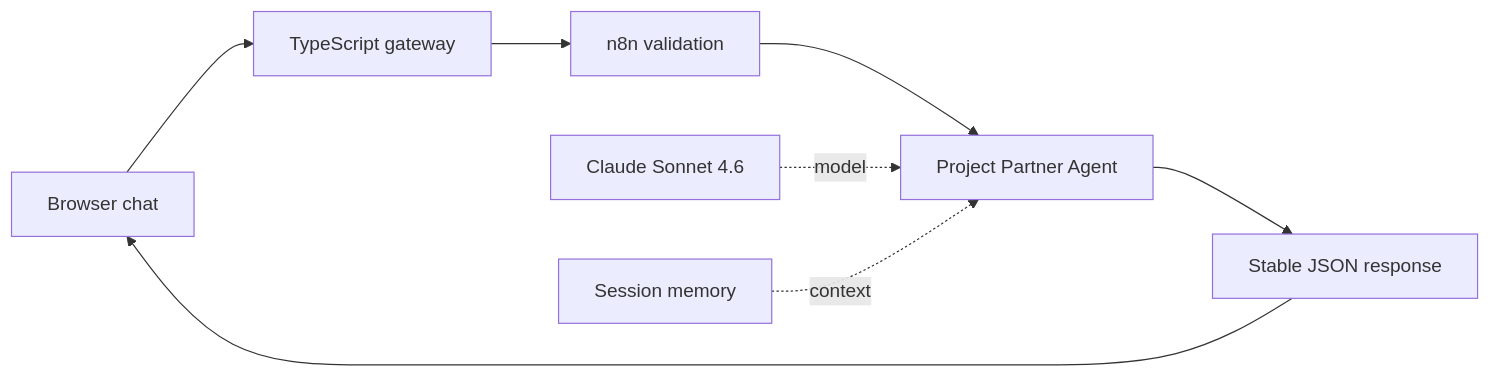
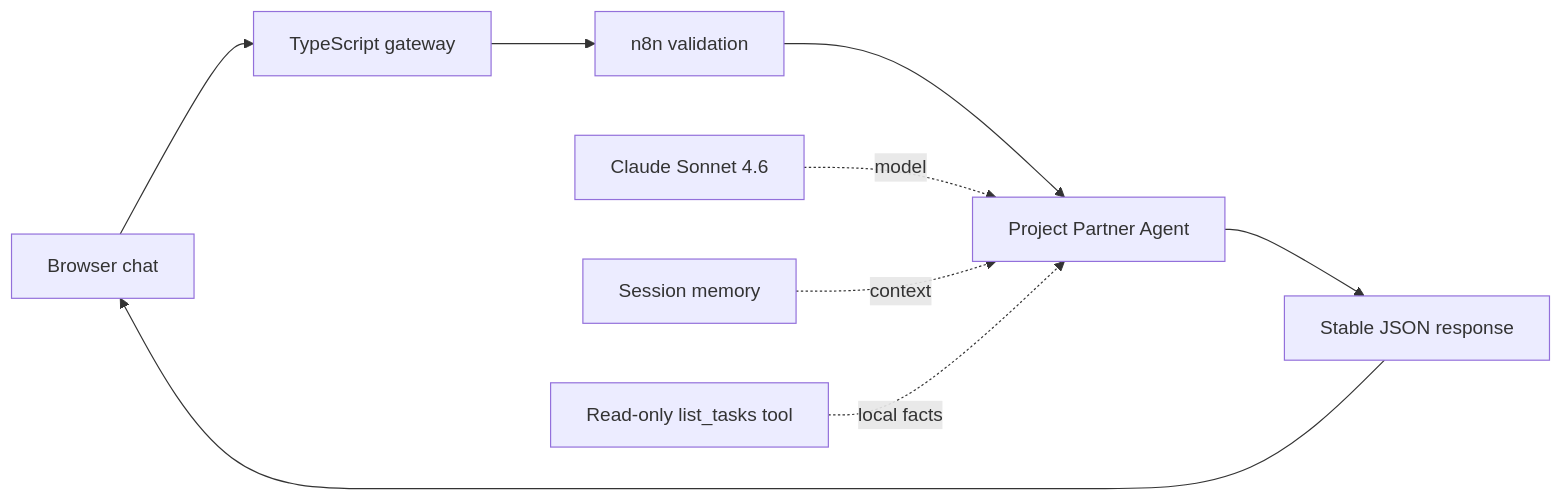
The diagram in docs/N8N_AGENT_SETUP.md (WinnieN1821/My-AI-Agent), drawn with Mermaid before and after one commit. The commit also changed other lines of this file and 19 other files, not shown here.

````diff
--- a/docs/N8N_AGENT_SETUP.md
+++ b/docs/N8N_AGENT_SETUP.md
@@ -131,10 +145,11 @@
 ```mermaid
 flowchart LR
     Browser["Browser chat"] --> Gateway["TypeScript gateway"]
     Gateway --> Validate["n8n validation"]
     Validate --> Agent["Project Partner Agent"]
     Model["Claude Sonnet 4.6"] -. model .-> Agent
     Memory["Session memory"] -. context .-> Agent
+    Tasks["Read-only list_tasks tool"] -. local facts .-> Agent
     Agent --> Response["Stable JSON response"]
     Response --> Browser
 ```
````
